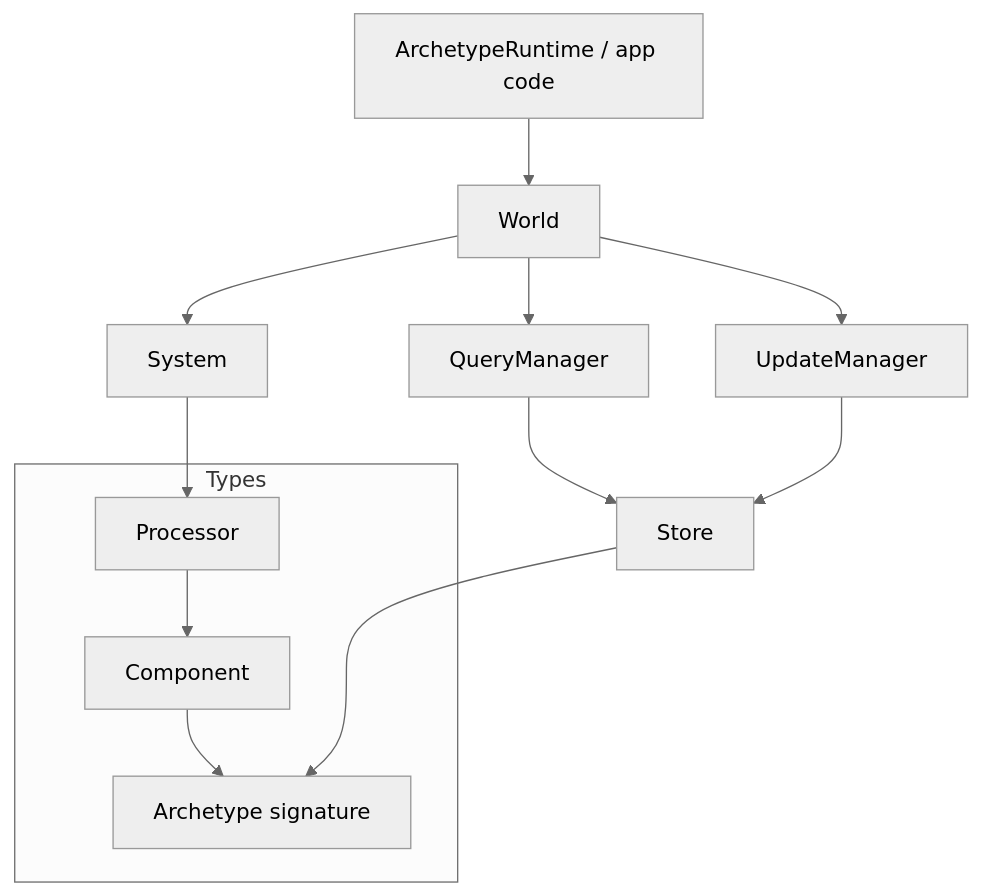
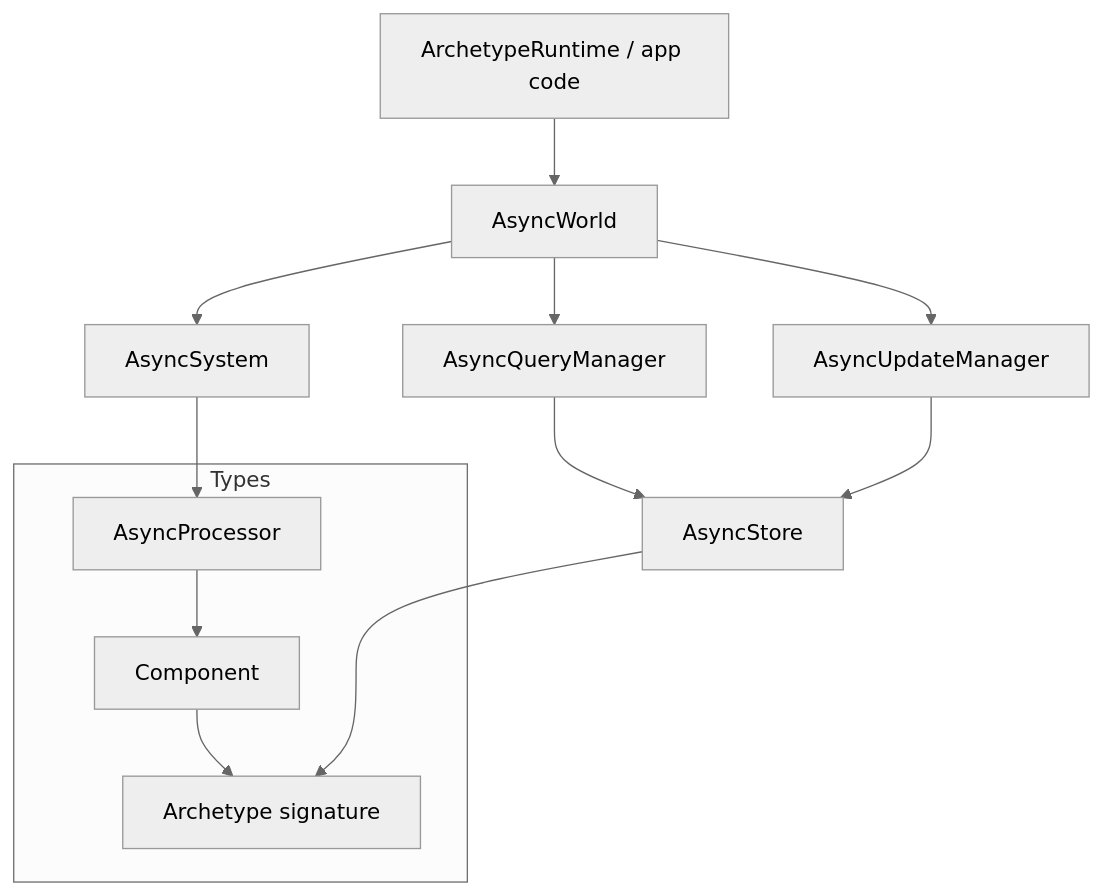
Before and after one commit to VangelisTech/archetype: the first of 7 diagrams in docs/guide/core-architecture.md, drawn with Mermaid (neutral theme). The commit also changed other lines of this file and 64 other files, not shown here.

````diff
--- a/docs/guide/core-architecture.md
+++ b/docs/guide/core-architecture.md
@@ -18,26 +19,26 @@
 ```mermaid
 graph TB
     App["ArchetypeRuntime / app code"]
-    World["World"]
-    System["System"]
-    QM["QueryManager"]
-    UM["UpdateManager"]
-    Store["Store"]
+    World["AsyncWorld"]
+    System["AsyncSystem"]
+    QM["AsyncQueryManager"]
+    UM["AsyncUpdateManager"]
+    Store["AsyncStore"]
 
     subgraph "Types"
         Component["Component"]
-        Processor["Processor"]
+        Processor["AsyncProcessor"]
         Archetype["Archetype signature"]
     end
 
     App --> World
     World --> System
     World --> QM
     World --> UM
     System --> Processor
     Processor --> Component
     Component --> Archetype
     QM --> Store
     UM --> Store
     Store --> Archetype
 ```
````
